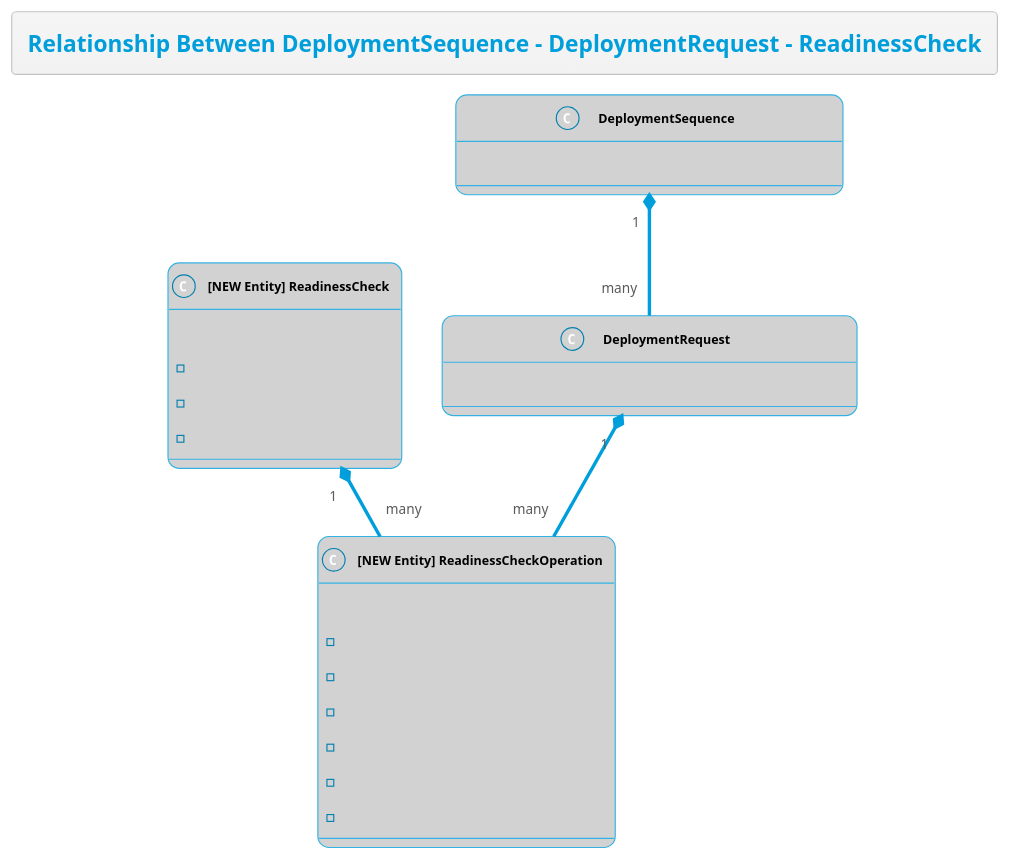
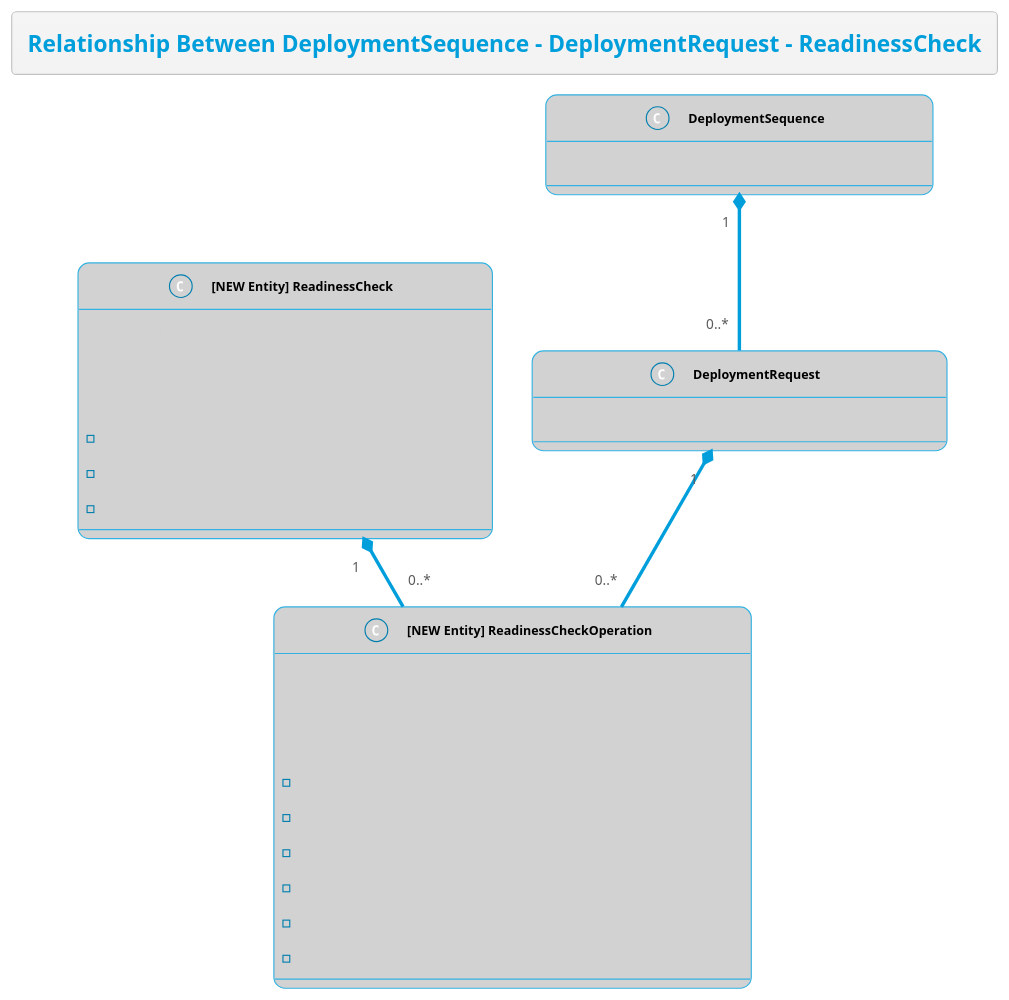
Before and after one commit to thetomitomo/diagrams: the diagram in src/Multi-Day-Deployment/PreReleaseEventEntitiesWithoutFunction.plantuml, drawn with PlantUML. The commit also changed 52 other files, not shown here.

```diff
--- a/src/Multi-Day-Deployment/PreReleaseEventEntitiesWithoutFunction.plantuml
+++ b/src/Multi-Day-Deployment/PreReleaseEventEntitiesWithoutFunction.plantuml
@@ -1,51 +1,55 @@
 @startuml
 !theme bluegray
 skinparam FooterFontColor black
 skinparam DatabaseFontColor #007faf
 skinparam ClassFontColor black
 skinparam ClassBackgroundColor #d2d2d2
 
 
 title Relationship Between DeploymentSequence - DeploymentRequest - ReadinessCheck
 
 class "<b>DeploymentSequence" as DS {
     current DB: shopee_deployplatform_db.deployment_seq_tab
 }
 class "<b>DeploymentRequest" as DR {
     current DB : shopee_deployplatform_db.deployment_request_tab
     ' ---
     ' NEW Function Requirements:
     ' - Initialise PreReleaseEvents
     ' - GET PreReleaseEvents
 }
 
 class "<b>[NEW Entity] ReadinessCheck" as Readiness {
+    new DB TBC: shopee_deployplatform_db.readiness_checks_tab
+
     Attributes:
     - readiness_check_id
     - display_name
     - default_pics
     ' ---
     ' NEW Function Requirements:
     ' - Update ReadinessCheck
 }
 
 class "<b>[NEW Entity] ReadinessCheckOperation" as ReadinessOps {
+    new DB TBC: shopee_deployplatform_db.readiness_check_operations_tab
+
     Attributes:
     - readiness_check_id
     - deployment_request_id
     - display_name
     - default_pics
     - toggle_timestamp
     - toggle_author
     ' ---
     ' NEW Function Requirements:
     ' - GET ReadinessCheckOps
     ' - Toggle ReadinessCheckOps
     ' - Update ReadinessCheckOps
 }
 
-DS "1" *-- "many" DR 
-DR "1" *-- "many" ReadinessOps
-ReadinessOps "many" -up-* "1" Readiness
+DS "1" *-- "0..*" DR 
+DR "1" *-- "0..*" ReadinessOps
+ReadinessOps "0..*" -up-* "1" Readiness
 
 @enduml
```
